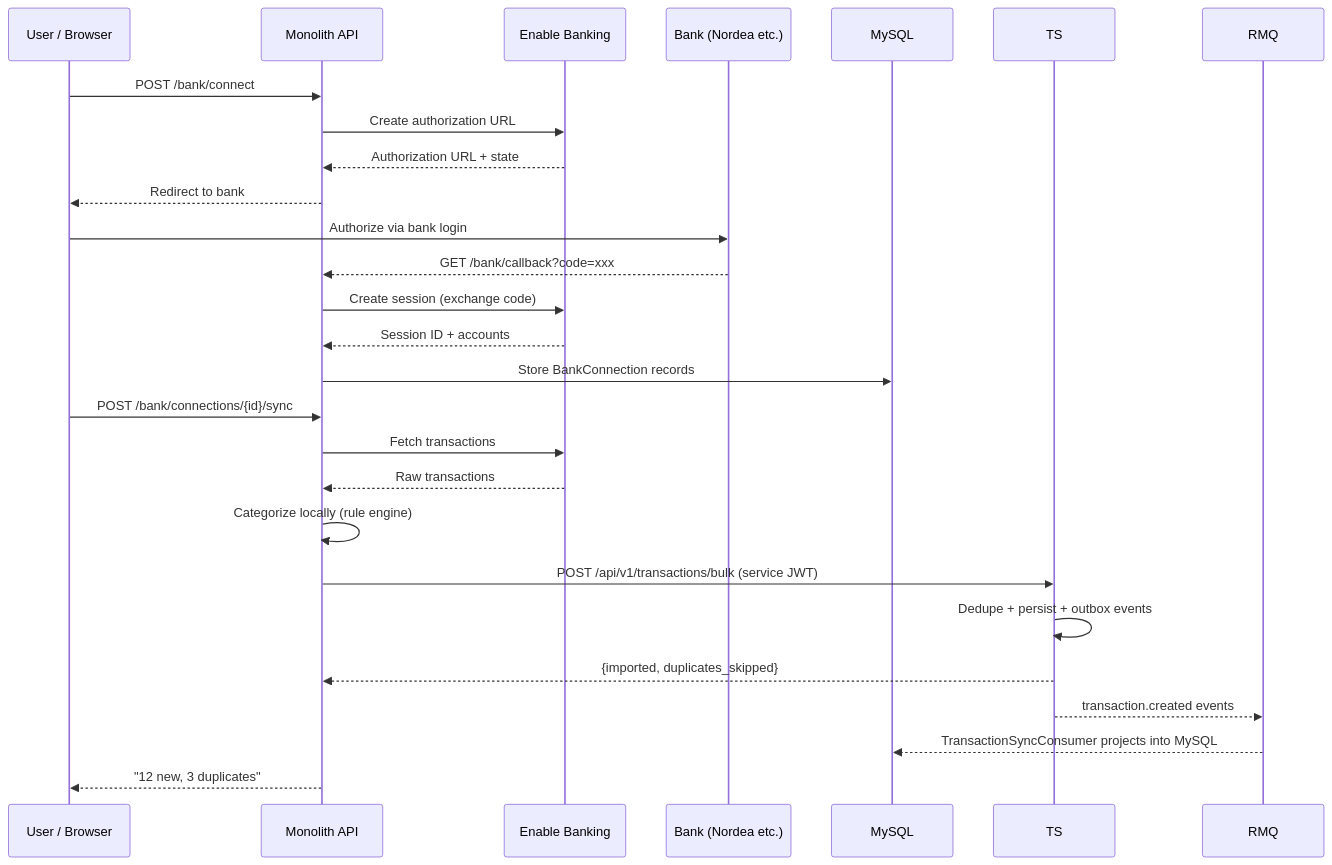
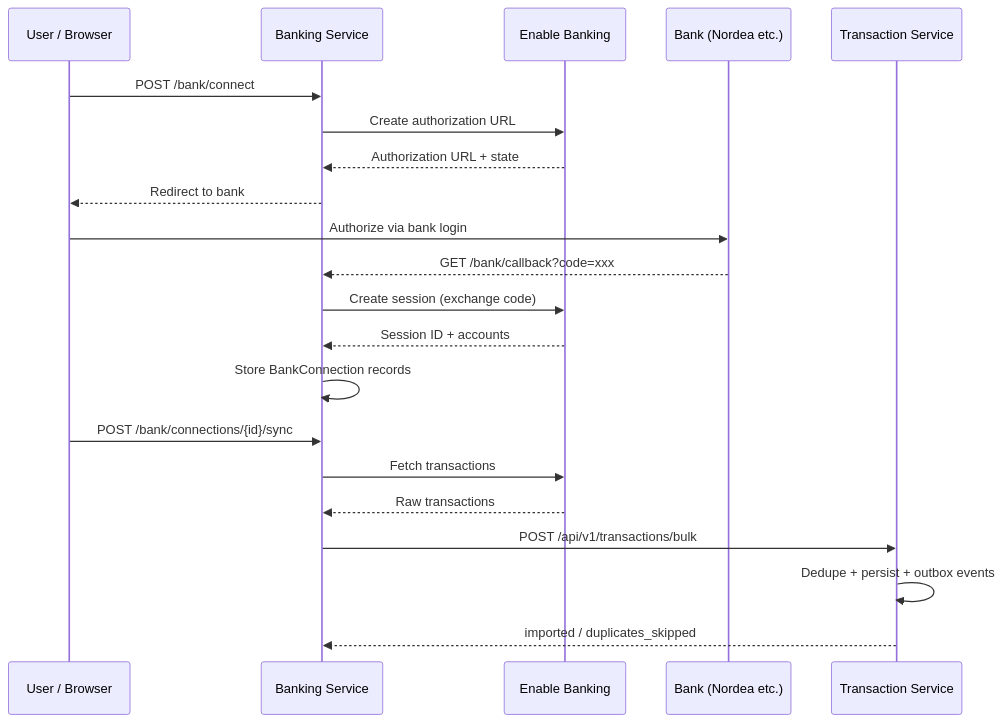
The second of 3 diagrams in README.md (Jothom2912/Finance-Tracker), drawn with Mermaid before and after one commit. The commit also changed other lines of this file and 47 other files, not shown here.

First line of the commit message:
Remove all monolith and MySQL references from codebase

````diff
--- a/README.md
+++ b/README.md
@@ -153,31 +141,27 @@
 ```mermaid
 sequenceDiagram
     participant User as User / Browser
-    participant API as Monolith API
+    participant API as Banking Service
     participant EB as Enable Banking
     participant Bank as Bank (Nordea etc.)
-    participant DB as MySQL
+    participant TS as Transaction Service
 
     User->>API: POST /bank/connect
     API->>EB: Create authorization URL
     EB-->>API: Authorization URL + state
     API-->>User: Redirect to bank
 
     User->>Bank: Authorize via bank login
     Bank-->>API: GET /bank/callback?code=xxx
 
     API->>EB: Create session (exchange code)
     EB-->>API: Session ID + accounts
-    API->>DB: Store BankConnection records
+    API->>API: Store BankConnection records
 
     User->>API: POST /bank/connections/{id}/sync
     API->>EB: Fetch transactions
     EB-->>API: Raw transactions
-    API->>API: Categorize locally (rule engine)
-    API->>TS: POST /api/v1/transactions/bulk (service JWT)
+    API->>TS: POST /api/v1/transactions/bulk
     TS->>TS: Dedupe + persist + outbox events
-    TS-->>API: {imported, duplicates_skipped}
-    TS-->>RMQ: transaction.created events
-    RMQ-->>DB: TransactionSyncConsumer projects into MySQL
-    API-->>User: "12 new, 3 duplicates"
+    TS-->>API: imported / duplicates_skipped
 ```
````
